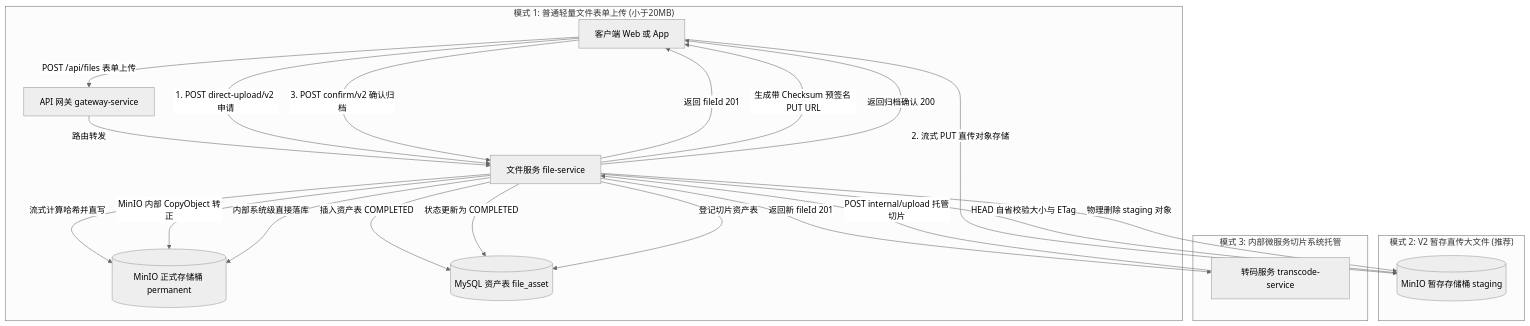
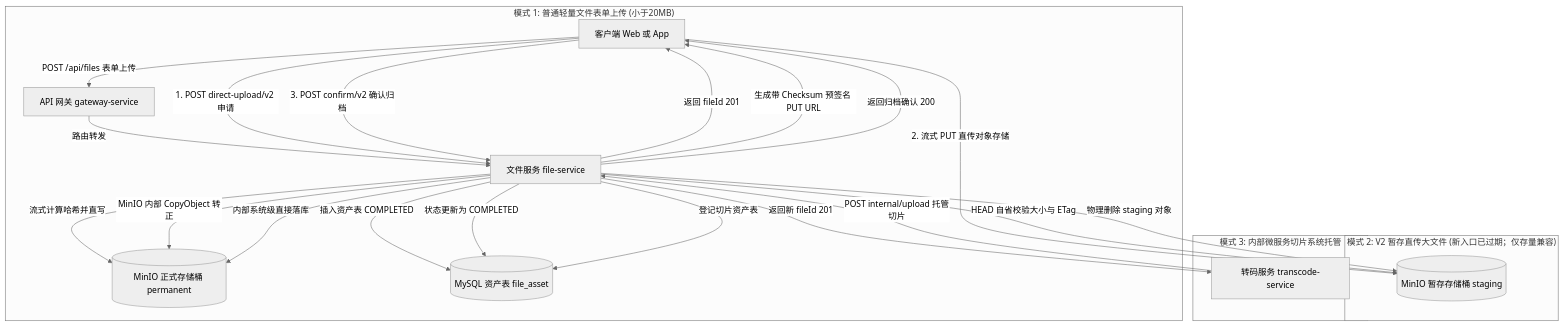
Before and after one commit to fank-c/media-platform-rebuild: the first of 3 diagrams in docs/modules/file.md, drawn with Mermaid (neutral theme). The commit also changed other lines of this file and 12 other files, not shown here.

````diff
--- a/docs/modules/file.md
+++ b/docs/modules/file.md
@@ -41,37 +43,37 @@
 ```mermaid
 graph TD
     Client["客户端 Web 或 App"]
     Gateway["API 网关 gateway-service"]
     FileService["文件服务 file-service"]
     MinIOStaging[("MinIO 暂存存储桶 staging")]
     MinIOPerm[("MinIO 正式存储桶 permanent")]
     MySQL[("MySQL 资产表 file_asset")]
     TranscodeWorker["转码服务 transcode-service"]
 
     subgraph Mode1 ["模式 1: 普通轻量文件表单上传 (小于20MB)"]
         Client -->|POST /api/files 表单上传| Gateway
         Gateway -->|路由转发| FileService
         FileService -->|流式计算哈希并直写| MinIOPerm
         FileService -->|插入资产表 COMPLETED| MySQL
         FileService -->|返回 fileId 201| Client
     end
 
-    subgraph Mode2 ["模式 2: V2 暂存直传大文件 (推荐)"]
+    subgraph Mode2 ["模式 2: V2 暂存直传大文件 (新入口已过期；仅存量兼容)"]
         Client -->|1. POST direct-upload/v2 申请| FileService
         FileService -->|生成带 Checksum 预签名 PUT URL| Client
         Client -->|2. 流式 PUT 直传对象存储| MinIOStaging
         Client -->|3. POST confirm/v2 确认归档| FileService
         FileService -->|HEAD 自省校验大小与 ETag| MinIOStaging
         FileService -->|MinIO 内部 CopyObject 转正| MinIOPerm
         FileService -->|物理删除 staging 对象| MinIOStaging
         FileService -->|状态更新为 COMPLETED| MySQL
         FileService -->|返回归档确认 200| Client
     end
 
     subgraph Mode3 ["模式 3: 内部微服务切片系统托管"]
         TranscodeWorker -->|POST internal/upload 托管切片| FileService
         FileService -->|内部系统级直接落库| MinIOPerm
         FileService -->|登记切片资产表| MySQL
         FileService -->|返回新 fileId 201| TranscodeWorker
     end
 ```
````
